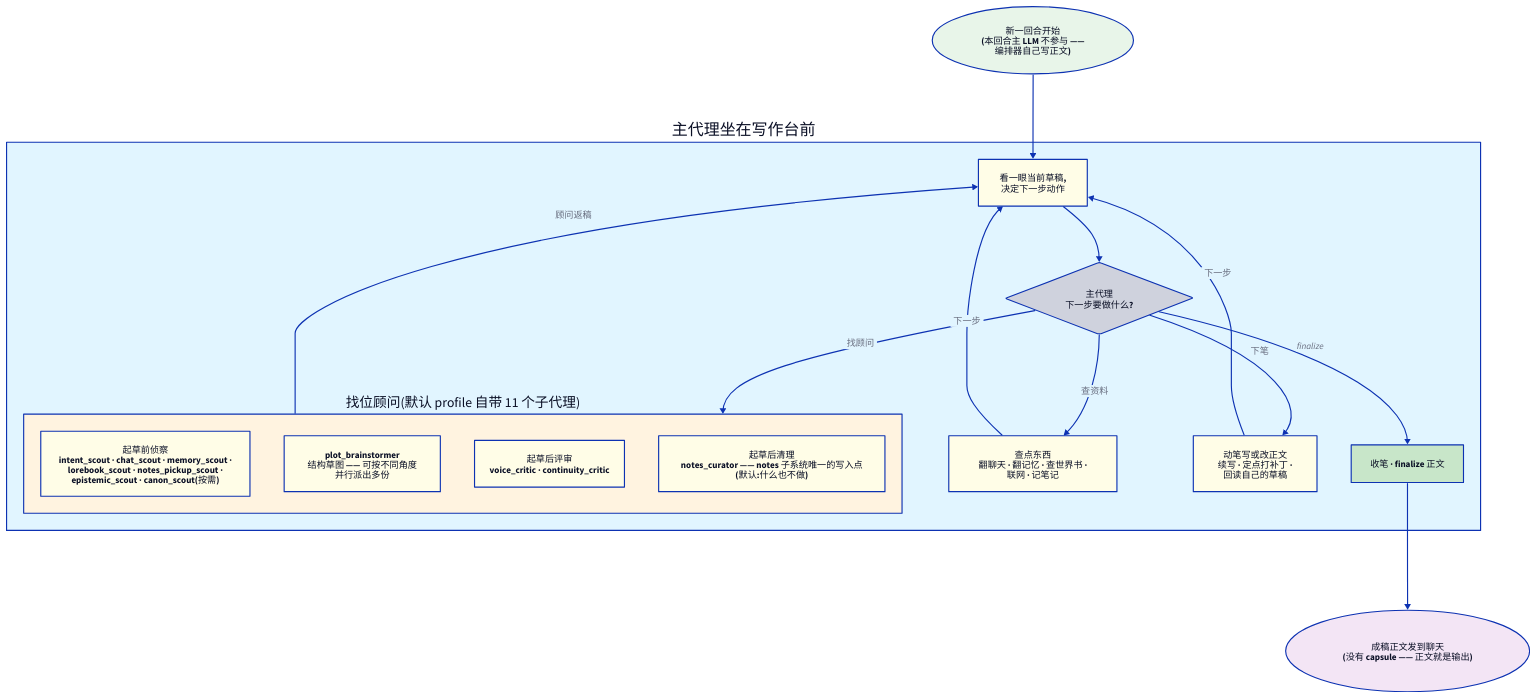
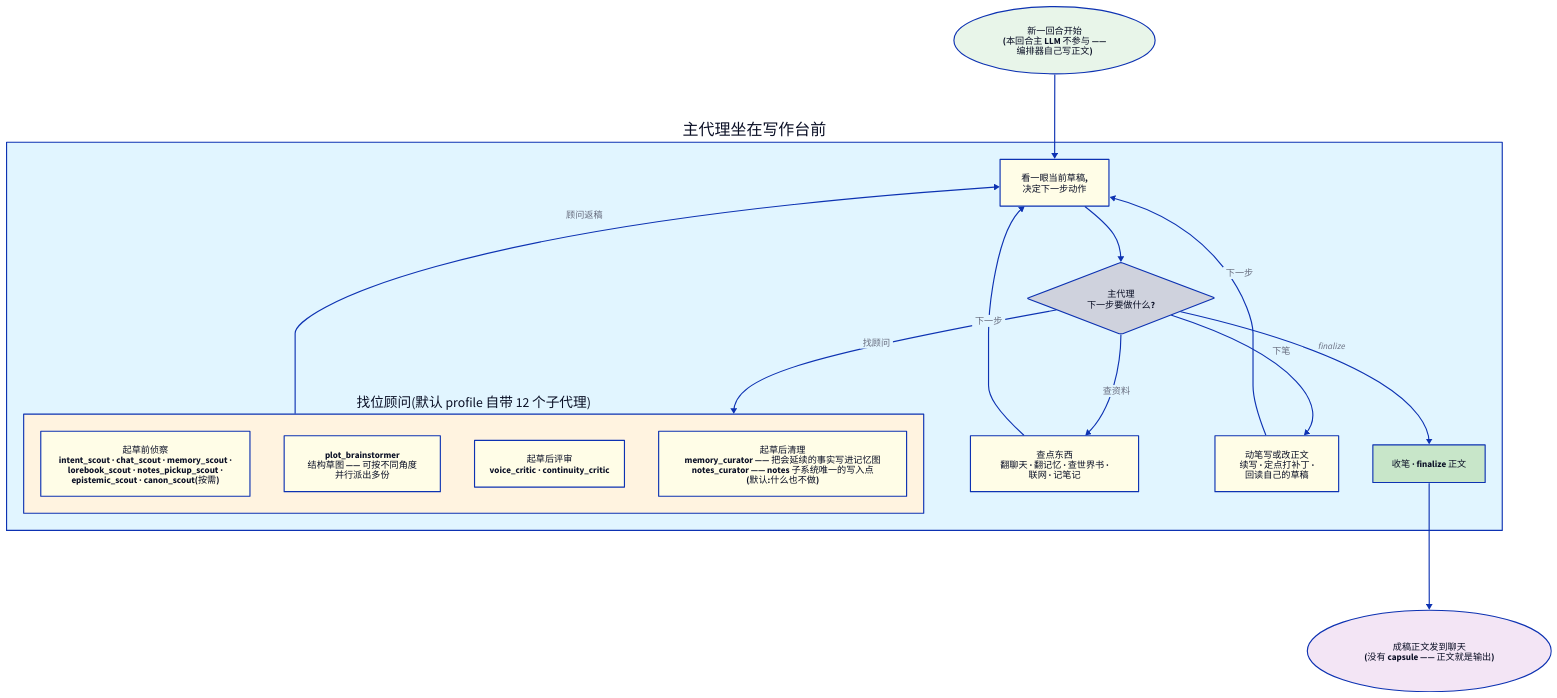
Before and after one commit to funnycups/Luker: the diagram in docs/zh-CN/features/orchestrator/director.md, drawn with D2. The commit also changed other lines of this file and 5 other files, not shown here.

````diff
--- a/docs/zh-CN/features/orchestrator/director.md
+++ b/docs/zh-CN/features/orchestrator/director.md
@@ -66,65 +66,65 @@
 ```d2
 direction: down
 
 start: "新一回合开始\n(本回合主 LLM 不参与 ——\n编排器自己写正文)" {
   shape: oval
   style.fill: "#e8f5e9"
 }
 
 loop: "主代理坐在写作台前" {
   style.fill: "#e1f5ff"
 
   think: "看一眼当前草稿,\n决定下一步动作" {
     style.fill: "#fffde7"
   }
 
   decide: "主代理\n下一步要做什么?" {
     shape: diamond
   }
 
-  consult: "找位顾问(默认 profile 自带 11 个子代理)" {
+  consult: "找位顾问(默认 profile 自带 12 个子代理)" {
     style.fill: "#fff3e0"
     pre: "起草前侦察\nintent_scout · chat_scout · memory_scout ·\nlorebook_scout · notes_pickup_scout ·\nepistemic_scout · canon_scout(按需)" {
       style.fill: "#fffde7"
     }
     mid: "plot_brainstormer\n结构草图 —— 可按不同角度\n并行派出多份" {
       style.fill: "#fffde7"
     }
     post: "起草后评审\nvoice_critic · continuity_critic" {
       style.fill: "#fffde7"
     }
-    housekeeping: "起草后清理\nnotes_curator —— notes 子系统唯一的写入点\n(默认:什么也不做)" {
+    housekeeping: "起草后清理\nmemory_curator —— 把会延续的事实写进记忆图\nnotes_curator —— notes 子系统唯一的写入点\n(默认:什么也不做)" {
       style.fill: "#fffde7"
     }
   }
 
   research: "查点东西\n翻聊天 · 翻记忆 · 查世界书 ·\n联网 · 记笔记" {
     style.fill: "#fffde7"
   }
 
   write: "动笔写或改正文\n续写 · 定点打补丁 ·\n回读自己的草稿" {
     style.fill: "#fffde7"
   }
 
   finalize: "收笔 · finalize 正文" {
     style.fill: "#c8e6c9"
   }
 
   think -> decide
   decide -> consult: "找顾问"
   decide -> research: "查资料"
   decide -> write: "下笔"
   decide -> finalize: "finalize"
   consult -> think: "顾问返稿"
   research -> think: "下一步"
   write -> think: "下一步"
 }
 
 out: "成稿正文发到聊天\n(没有 capsule —— 正文就是输出)" {
   shape: oval
   style.fill: "#f3e5f5"
 }
 
 start -> loop.think
 loop.finalize -> out
 ```
````
